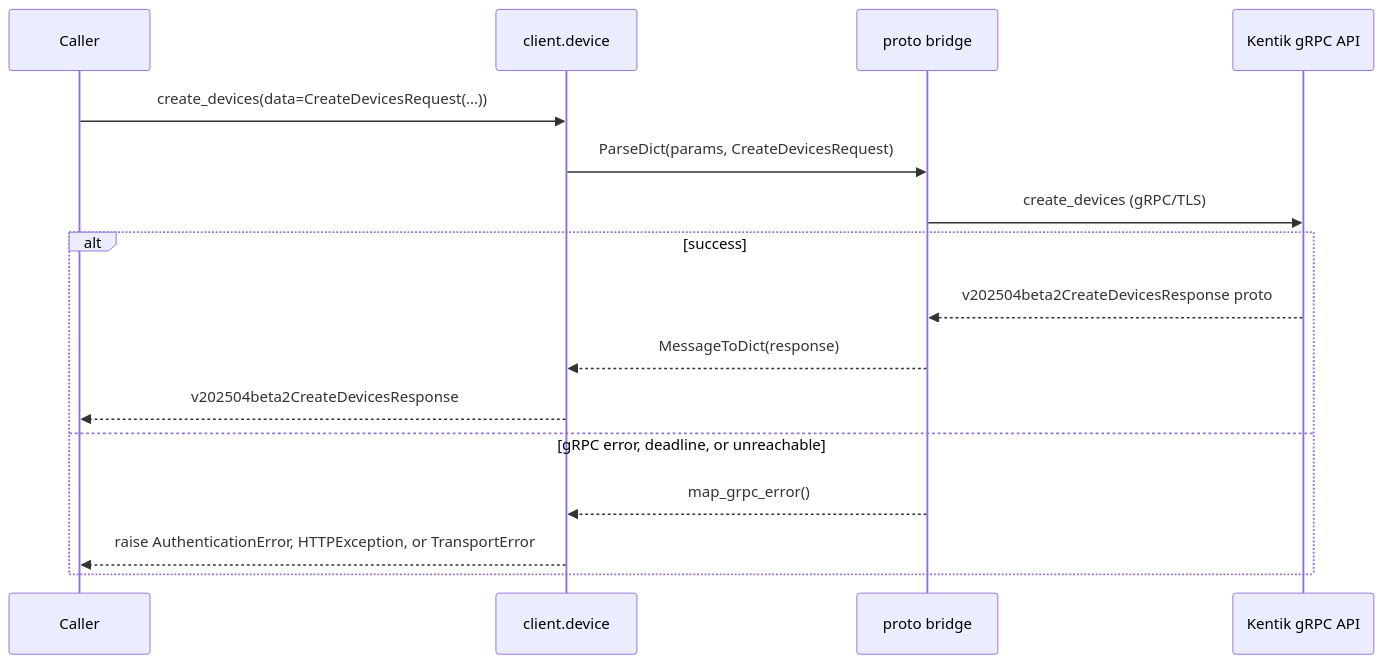
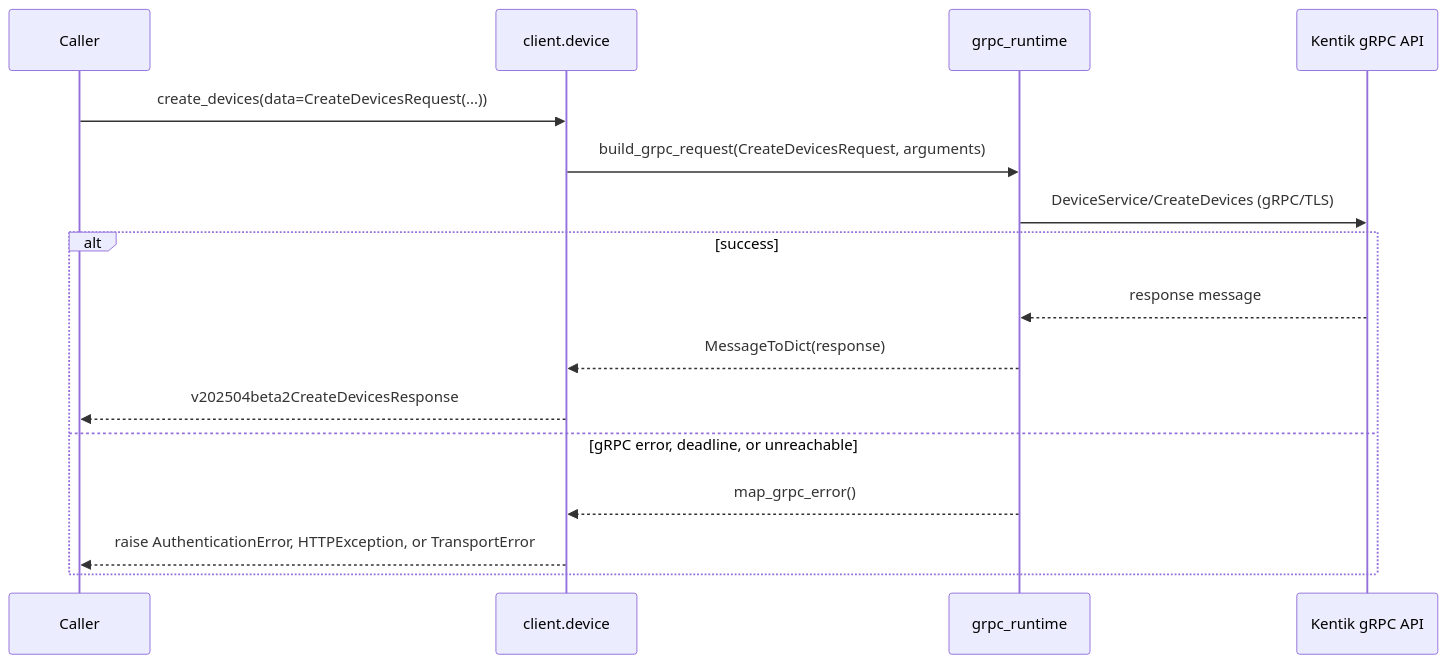
The seventh of 22 diagrams in docs/sphinx/services/device.md (alexdearaujo/community_sdk_python), drawn with Mermaid before and after one commit. The commit also changed other lines of this file and 37 other files, not shown here.

First line of the commit message:
docs: show the real RPC in each service page's gRPC diagram

````diff
--- a/docs/sphinx/services/device.md
+++ b/docs/sphinx/services/device.md
@@ -210,19 +210,19 @@
 ```mermaid
 sequenceDiagram
     participant C as Caller
     participant W as client.device
-    participant B as proto bridge
+    participant R as grpc_runtime
     participant API as Kentik gRPC API
 
     C->>W: create_devices(data=CreateDevicesRequest(...))
-    W->>B: ParseDict(params, CreateDevicesRequest)
-    B->>API: create_devices (gRPC/TLS)
+    W->>R: build_grpc_request(CreateDevicesRequest, arguments)
+    R->>API: DeviceService/CreateDevices (gRPC/TLS)
     alt success
-        API-->>B: v202504beta2CreateDevicesResponse proto
-        B-->>W: MessageToDict(response)
+        API-->>R: response message
+        R-->>W: MessageToDict(response)
         W-->>C: v202504beta2CreateDevicesResponse
     else gRPC error, deadline, or unreachable
-        B-->>W: map_grpc_error()
+        R-->>W: map_grpc_error()
         W-->>C: raise AuthenticationError, HTTPException, or TransportError
     end
 ```
````
